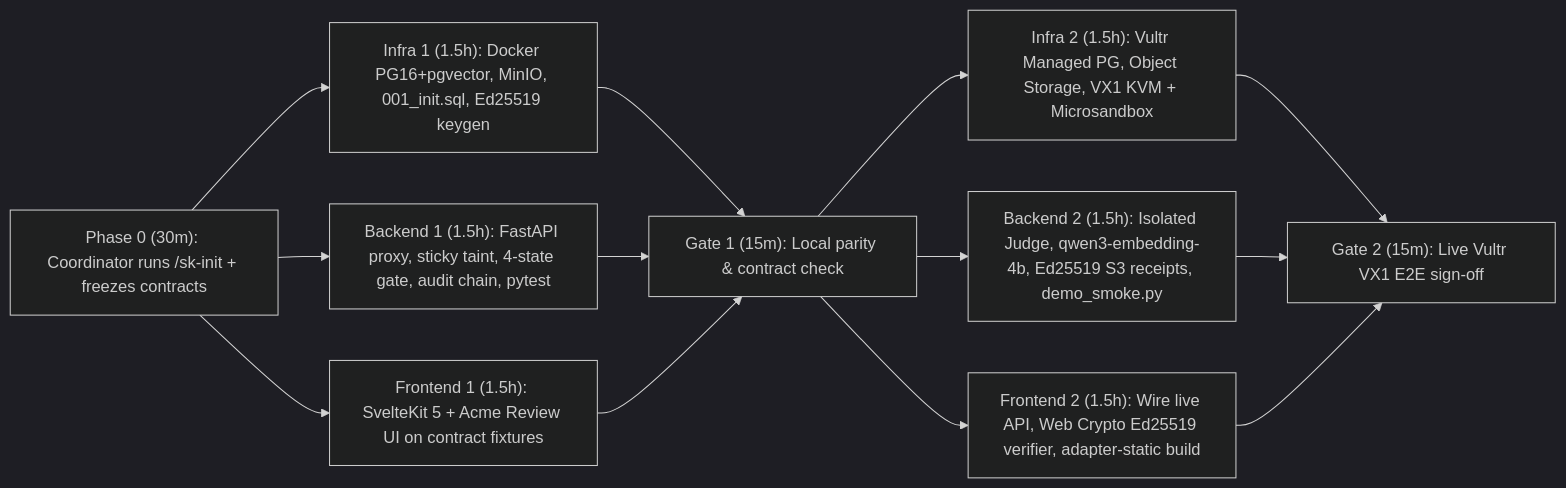
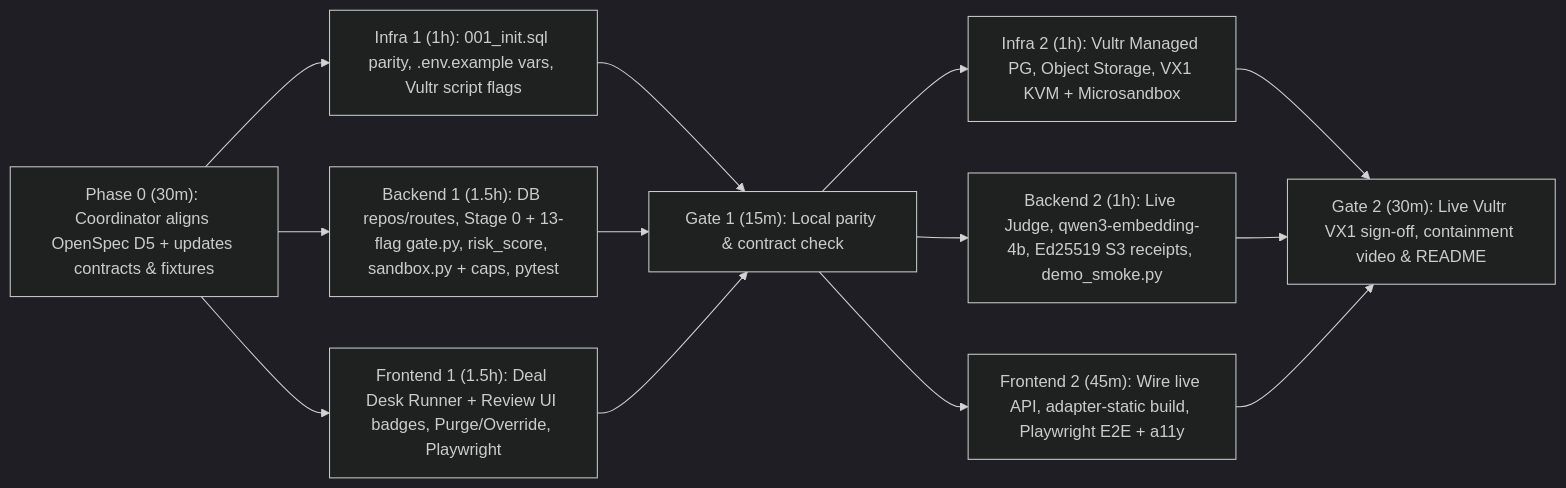
Before and after one commit to SaiBon99/vultr-: the diagram in docs/Execution Plan.md, drawn with Mermaid (dark theme). The commit also changed other lines of this file and 29 other files, not shown here.

````diff
--- a/docs/Execution Plan.md
+++ b/docs/Execution Plan.md
@@ -36,17 +47,17 @@
 ```mermaid
 flowchart LR
-    P0["Phase 0 (30m): Coordinator runs /sk-init + freezes contracts"]
-    P1I["Infra 1 (1.5h): Docker PG16+pgvector, MinIO, 001_init.sql, Ed25519 keygen"]
-    P1B["Backend 1 (1.5h): FastAPI proxy, sticky taint, 4-state gate, audit chain, pytest"]
-    P1F["Frontend 1 (1.5h): SvelteKit 5 + Acme Review UI on contract fixtures"]
+    P0["Phase 0 (30m): Coordinator aligns OpenSpec D5 + updates contracts & fixtures"]
+    P1I["Infra 1 (1h): 001_init.sql parity, .env.example vars, Vultr script flags"]
+    P1B["Backend 1 (1.5h): DB repos/routes, Stage 0 + 13-flag gate.py, risk_score, sandbox.py + caps, pytest"]
+    P1F["Frontend 1 (1.5h): Deal Desk Runner + Review UI badges, Purge/Override, Playwright"]
     G1["Gate 1 (15m): Local parity & contract check"]
-    P2I["Infra 2 (1.5h): Vultr Managed PG, Object Storage, VX1 KVM + Microsandbox"]
-    P2B["Backend 2 (1.5h): Isolated Judge, qwen3-embedding-4b, Ed25519 S3 receipts, demo_smoke.py"]
-    P2F["Frontend 2 (1.5h): Wire live API, Web Crypto Ed25519 verifier, adapter-static build"]
-    G2["Gate 2 (15m): Live Vultr VX1 E2E sign-off"]
+    P2I["Infra 2 (1h): Vultr Managed PG, Object Storage, VX1 KVM + Microsandbox"]
+    P2B["Backend 2 (1h): Live Judge, qwen3-embedding-4b, Ed25519 S3 receipts, demo_smoke.py"]
+    P2F["Frontend 2 (45m): Wire live API, adapter-static build, Playwright E2E + a11y"]
+    G2["Gate 2 (30m): Live Vultr VX1 sign-off, containment video & README"]
 
     P0 --> P1I & P1B & P1F
     P1I & P1B & P1F --> G1
     G1 --> P2I & P2B & P2F
     P2I & P2B & P2F --> G2
 ```
````
